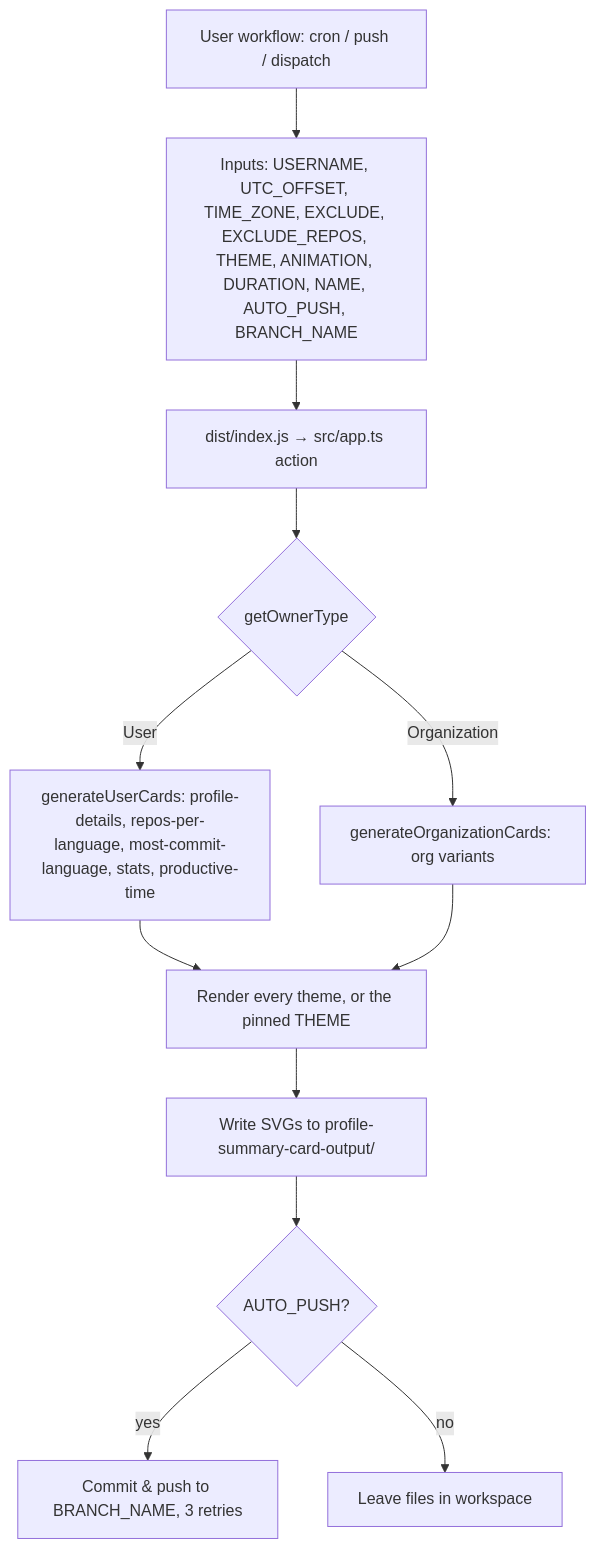
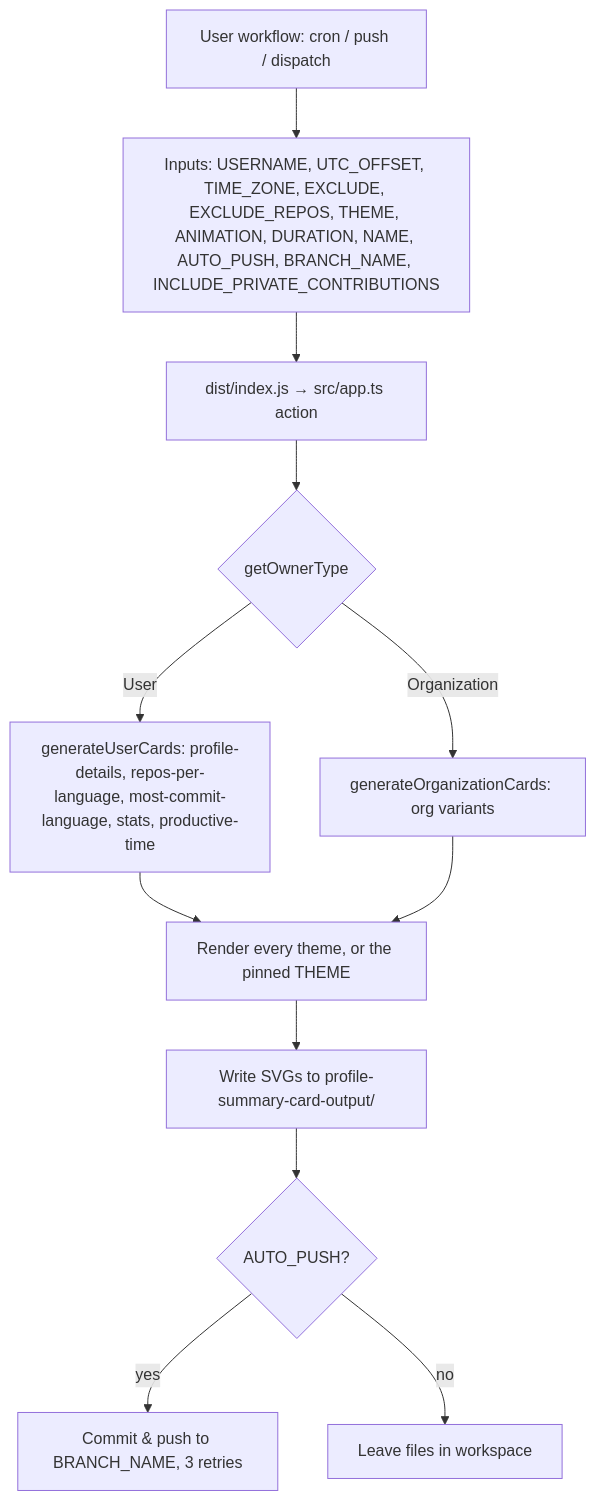
Before and after one commit to vn7n24fzkq/github-profile-summary-cards: the diagram in docs/architecture/github-action.md, drawn with Mermaid. The commit also changed 8 other files, not shown here.

First line of the commit message:
feat: add INCLUDE_PRIVATE_CONTRIBUTIONS input for the Stats card

````diff
--- a/docs/architecture/github-action.md
+++ b/docs/architecture/github-action.md
@@ -10,14 +10,14 @@
 ```mermaid
 flowchart TB
-    trigger["User workflow: cron / push / dispatch"] --> inputs["Inputs: USERNAME, UTC_OFFSET, TIME_ZONE, EXCLUDE, EXCLUDE_REPOS, THEME, ANIMATION, DURATION, NAME, AUTO_PUSH, BRANCH_NAME"]
+    trigger["User workflow: cron / push / dispatch"] --> inputs["Inputs: USERNAME, UTC_OFFSET, TIME_ZONE, EXCLUDE, EXCLUDE_REPOS, THEME, ANIMATION, DURATION, NAME, AUTO_PUSH, BRANCH_NAME, INCLUDE_PRIVATE_CONTRIBUTIONS"]
     inputs --> app["dist/index.js → src/app.ts action"]
     app --> owner{getOwnerType}
     owner -->|User| ucards["generateUserCards: profile-details, repos-per-language, most-commit-language, stats, productive-time"]
     owner -->|Organization| ocards["generateOrganizationCards: org variants"]
     ucards --> render["Render every theme, or the pinned THEME"]
     ocards --> render
     render --> files["Write SVGs to profile-summary-card-output/"]
     files --> push{AUTO_PUSH?}
     push -->|yes| commit["Commit & push to BRANCH_NAME, 3 retries"]
     push -->|no| done[Leave files in workspace]
 ```
````
